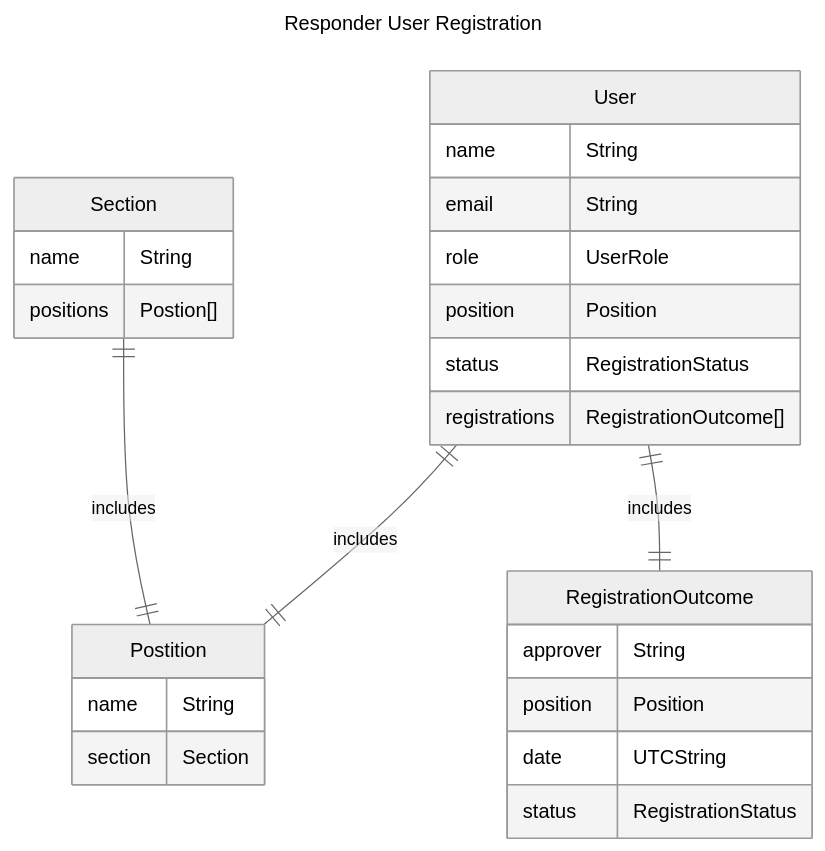
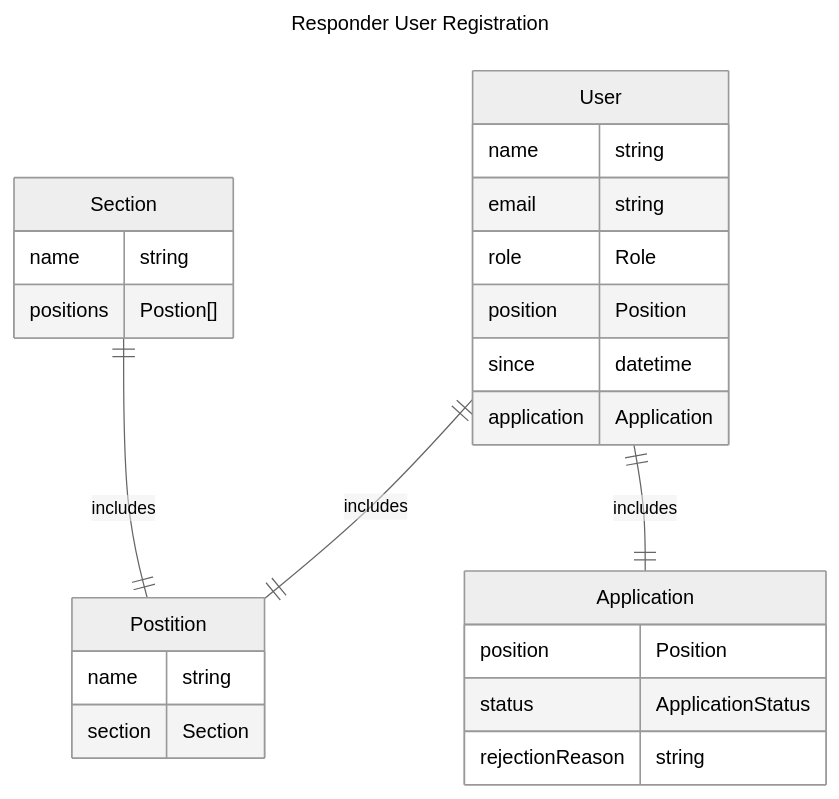
Before and after one commit to thomas-b-jackson/sdge-it-responder: the diagram in documents/design/data-models/user-registration.md, drawn with Mermaid (neutral theme). The commit also changed 1 other file, not shown here.

Commit message:
tweaks to schema

````diff
--- a/documents/design/data-models/user-registration.md
+++ b/documents/design/data-models/user-registration.md
@@ -11,35 +11,34 @@
 ```mermaid
 ---
 title: Responder User Registration
 ---
 erDiagram
   Section  ||--|| Postition : includes
   User  ||--|| Postition : includes
-  User  ||--|| RegistrationOutcome : includes
+  User  ||--|| Application : includes
 
   Section {
-    name String
+    name string
     positions Postion[]
   }
 
   Postition {
-    name String
+    name string
     section Section
   }
 
   User {
-    name String
-    email String
-    role UserRole
+    name string
+    email string
+    role Role
     position Position
-    status RegistrationStatus
-    registrations RegistrationOutcome[]
+    since datetime
+    application Application
   }
 
-  RegistrationOutcome {
-    approver String
+  Application {
     position Position
-    date UTCString
-    status RegistrationStatus
+    status ApplicationStatus
+    rejectionReason string
   }
 ```
````
